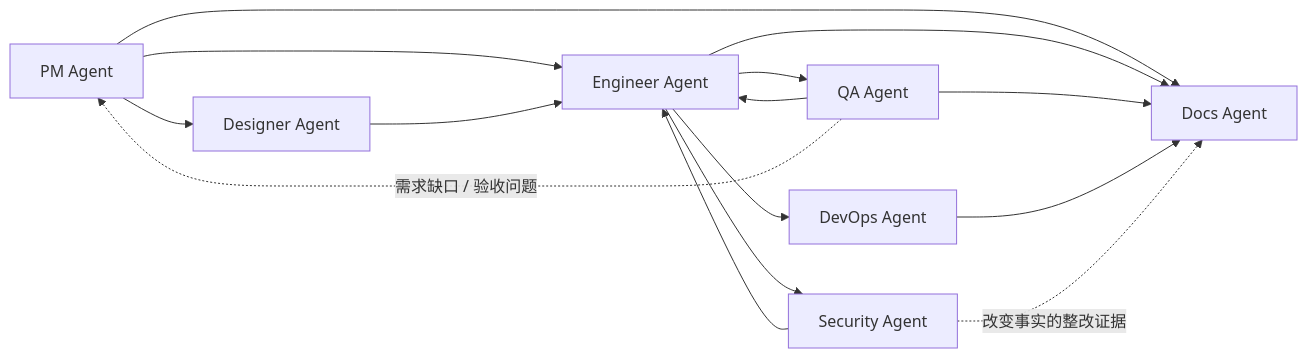
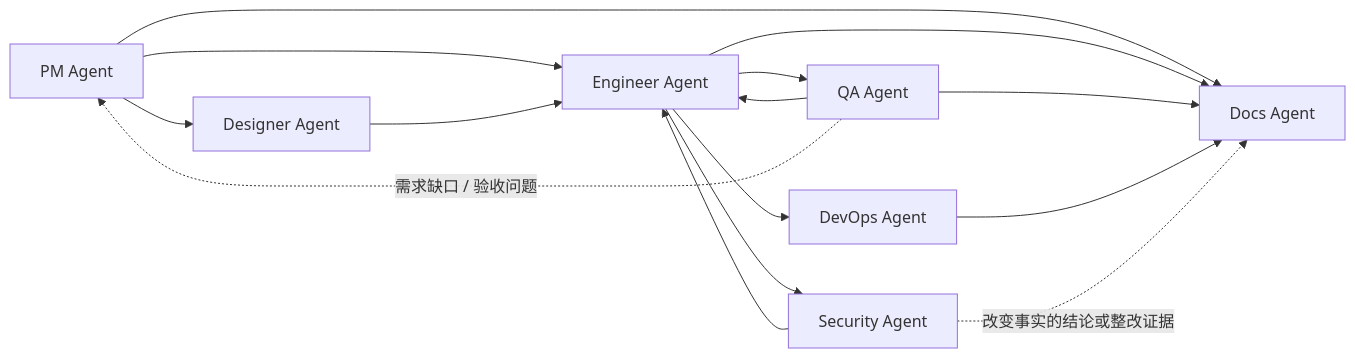
Before and after one commit to Neplich/dev-agent-skills: the diagram in README_zh.md, drawn with Mermaid. The commit also changed 5 other files, not shown here.

````diff
--- a/README_zh.md
+++ b/README_zh.md
@@ -99,17 +99,17 @@
 ```mermaid
 flowchart LR
     PM["PM Agent"] --> Designer["Designer Agent"]
     PM --> Engineer["Engineer Agent"]
     Designer --> Engineer
     Engineer --> QA["QA Agent"]
     QA --> Engineer
     QA -. "需求缺口 / 验收问题" .-> PM
     Engineer --> DevOps["DevOps Agent"]
     Engineer --> Security["Security Agent"]
     Security --> Engineer
     PM --> Docs["Docs Agent"]
     Engineer --> Docs
     QA --> Docs
     DevOps --> Docs
-    Security -. "改变事实的整改证据" .-> Docs
+    Security -. "改变事实的结论或整改证据" .-> Docs
 ```
````
